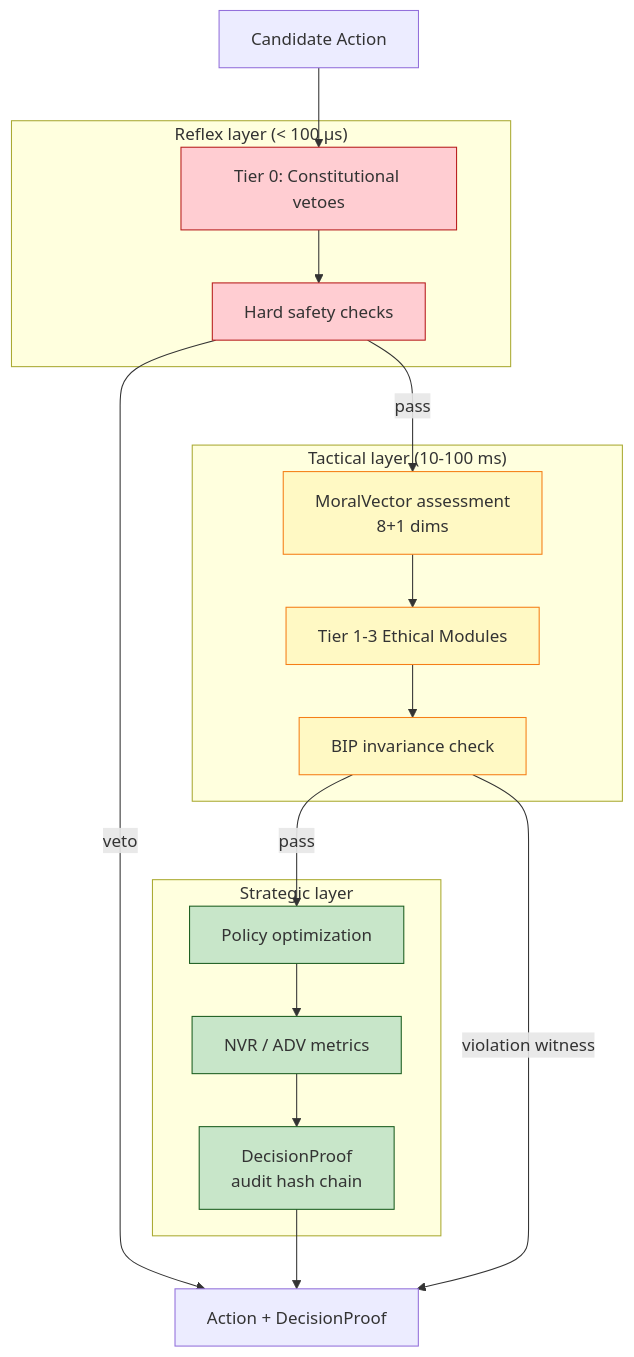
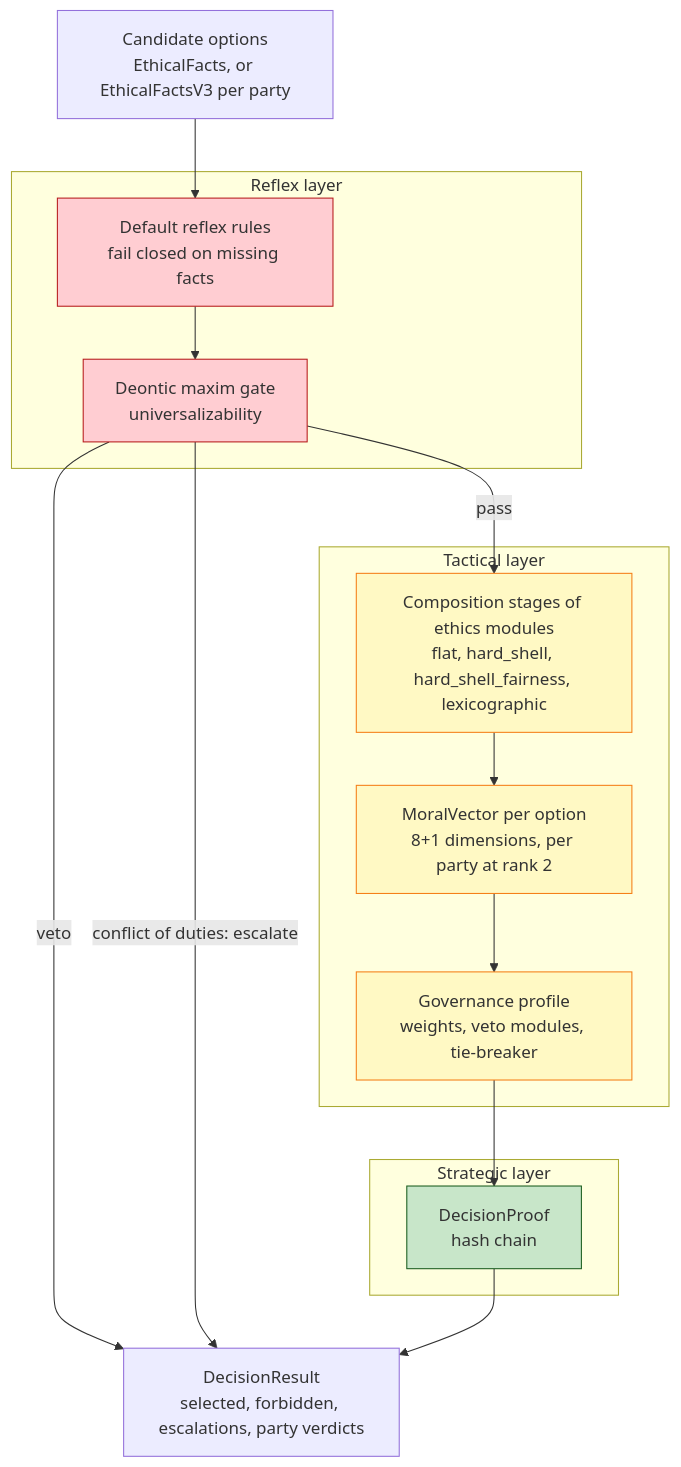
One commit to ahb-sjsu/erisml-lib changed the second of 2 diagrams in README.md. Above: the diagram before and after it, drawn with Mermaid. The commit also changed other lines of this file and 4 other files, not shown here.

````diff
--- a/README.md
+++ b/README.md
@@ -362,33 +397,29 @@
 ```mermaid
 flowchart TB
-    IN[Candidate Action]
-    subgraph R["Reflex layer (< 100 &micro;s)"]
-        R1[Tier 0: Constitutional vetoes]
-        R2[Hard safety checks]
+    IN[Candidate options<br/>EthicalFacts, or EthicalFactsV3 per party]
+    subgraph R["Reflex layer"]
+        R1[Default reflex rules<br/>fail closed on missing facts]
+        R2[Deontic maxim gate<br/>universalizability]
     end
-    subgraph T["Tactical layer (10-100 ms)"]
-        T1[MoralVector assessment<br/>8+1 dims]
-        T2[Tier 1-3 Ethical Modules]
-        T3[BIP invariance check]
+    subgraph T["Tactical layer"]
+        T1[Composition stages of ethics modules<br/>flat, hard_shell, hard_shell_fairness, lexicographic]
+        T2[MoralVector per option<br/>8+1 dimensions, per party at rank 2]
+        T3[Governance profile<br/>weights, veto modules, tie-breaker]
     end
     subgraph S["Strategic layer"]
-        S1[Policy optimization]
-        S2[NVR / ADV metrics]
-        S3[DecisionProof<br/>audit hash chain]
+        S1[DecisionProof<br/>hash chain]
     end
-    OUT[Action + DecisionProof]
+    OUT[DecisionResult<br/>selected, forbidden, escalations, party verdicts]
 
     IN --> R1 --> R2
-    R2 -->|pass| T1
     R2 -->|veto| OUT
-    T1 --> T2 --> T3
-    T3 -->|pass| S1 --> S2 --> S3 --> OUT
-    T3 -->|violation witness| OUT
+    R2 -->|conflict of duties: escalate| OUT
+    R2 -->|pass| T1 --> T2 --> T3 --> S1 --> OUT
 
     classDef reflex fill:#ffcdd2,stroke:#b71c1c;
     classDef tactical fill:#fff9c4,stroke:#f57f17;
     classDef strategic fill:#c8e6c9,stroke:#1b5e20;
     class R1,R2 reflex;
     class T1,T2,T3 tactical;
-    class S1,S2,S3 strategic;
+    class S1 strategic;
 ```
````
